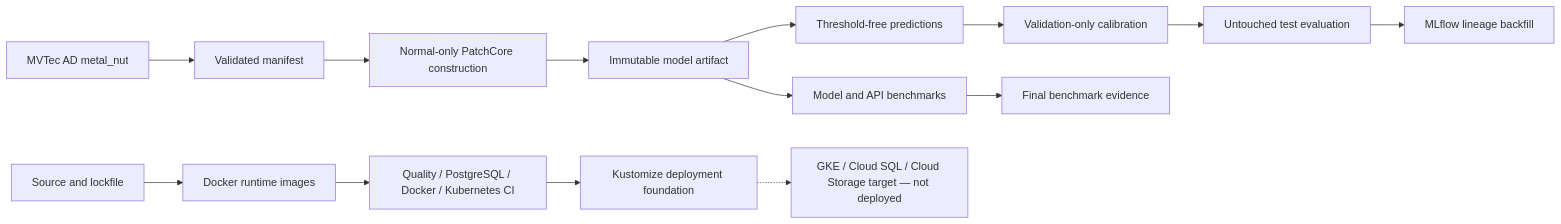
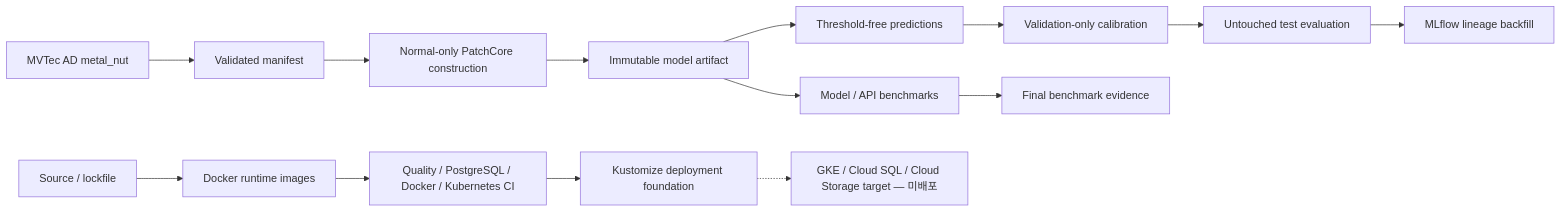
The second of 2 diagrams in README.md (dudghks5893/smart-factory-ai-platform), drawn with Mermaid before and after one commit. The commit also changed other lines of this file and 2 other files, not shown here.

````diff
--- a/README.md
+++ b/README.md
@@ -75,17 +72,18 @@
 ```mermaid
 flowchart LR
     Dataset["MVTec AD metal_nut"] --> Manifest["Validated manifest"]
     Manifest --> Train["Normal-only PatchCore construction"]
     Train --> Artifact["Immutable model artifact"]
     Artifact --> Predict["Threshold-free predictions"]
     Predict --> Calibrate["Validation-only calibration"]
     Calibrate --> Evaluate["Untouched test evaluation"]
-    Artifact --> Benchmark["Model and API benchmarks"]
+
+    Artifact --> Benchmark["Model / API benchmarks"]
     Evaluate --> MLflow["MLflow lineage backfill"]
     Benchmark --> Final["Final benchmark evidence"]
 
-    Source["Source and lockfile"] --> Docker["Docker runtime images"]
+    Source["Source / lockfile"] --> Docker["Docker runtime images"]
     Docker --> CI["Quality / PostgreSQL / Docker / Kubernetes CI"]
     CI --> K8s["Kustomize deployment foundation"]
-    K8s -.-> GCP["GKE / Cloud SQL / Cloud Storage target — not deployed"]
+    K8s -.-> GCP["GKE / Cloud SQL / Cloud Storage target — 미배포"]
 ```
````
